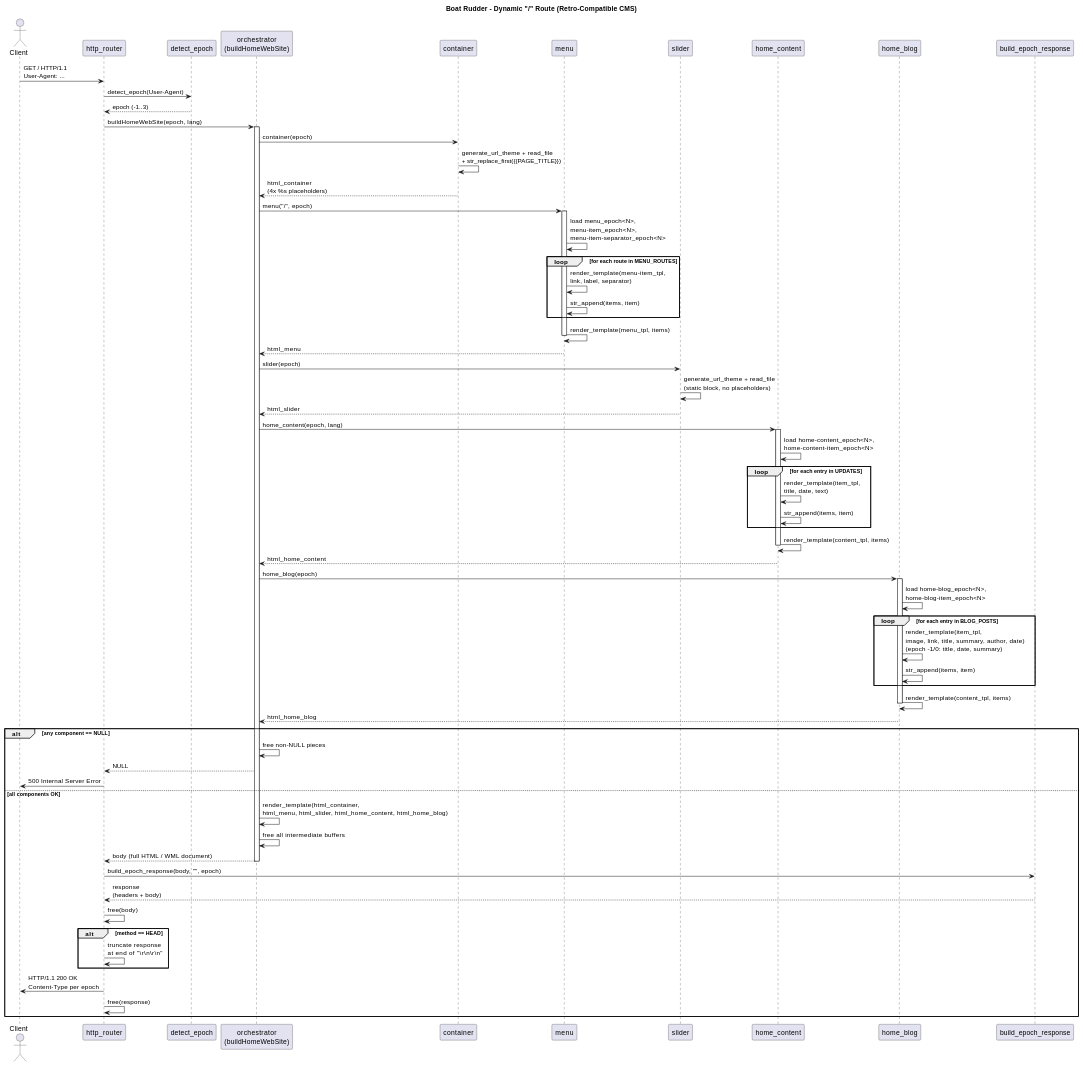
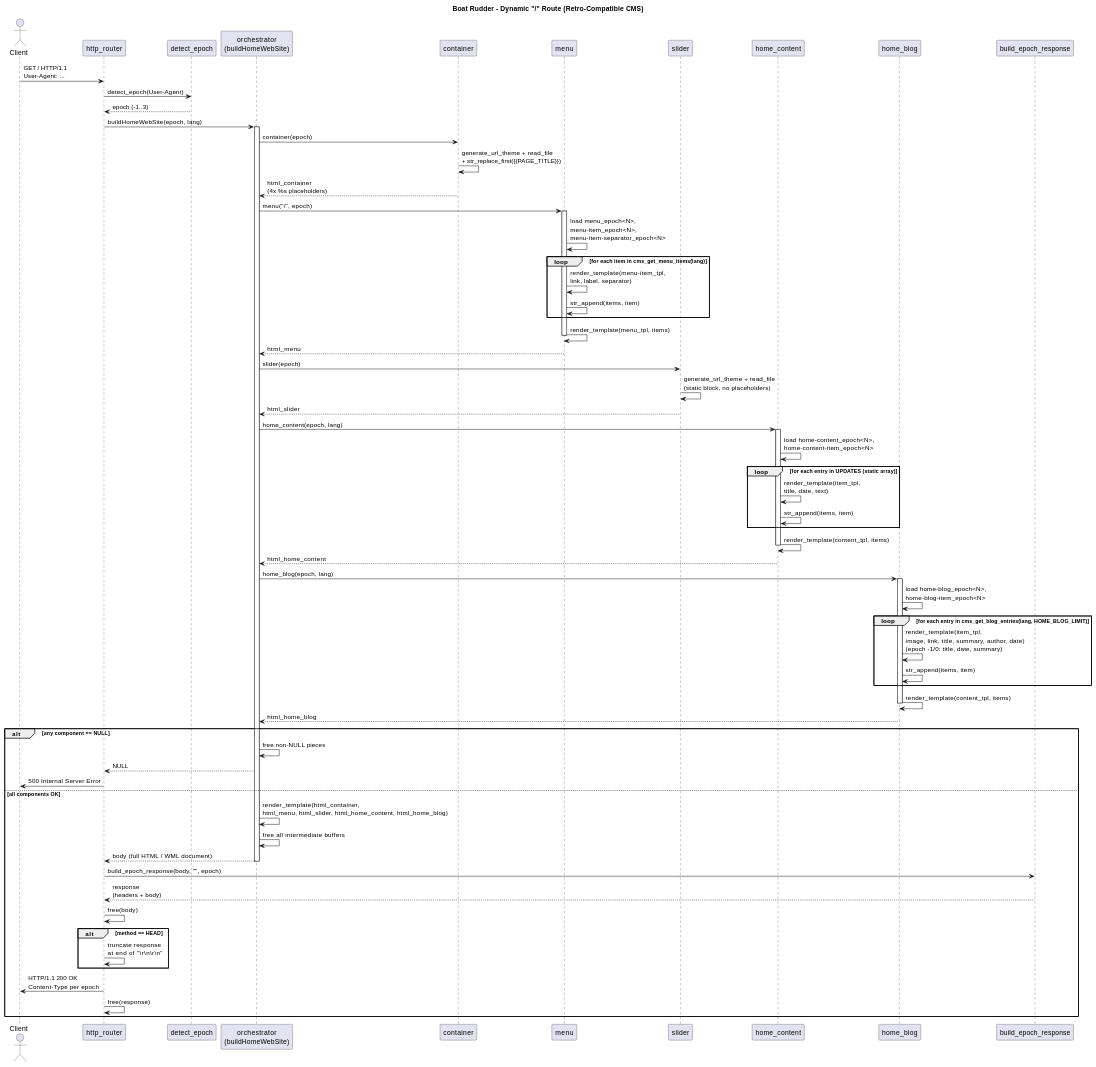
One commit to jpablotoledom/boat-rudder changed the fourth of 5 diagrams in develop_docs/boat-rudder.md. Above: the diagram before and after it, drawn with PlantUML. The commit also changed other lines of this file and 109 other files, not shown here.

```diff
--- a/develop_docs/boat-rudder.md
+++ b/develop_docs/boat-rudder.md
@@ -466,7 +496,7 @@
 ORCH -> MENU : menu("/", epoch)
 activate MENU
 MENU -> MENU : load menu_epoch<N>,\nmenu-item_epoch<N>,\nmenu-item-separator_epoch<N>
-loop for each route in MENU_ROUTES
+loop for each item in cms_get_menu_items(lang)
   MENU -> MENU : render_template(menu-item_tpl,\nlink, label, separator)
   MENU -> MENU : str_append(items, item)
 end
@@ -481,7 +511,7 @@
 ORCH -> HOME : home_content(epoch, lang)
 activate HOME
 HOME -> HOME : load home-content_epoch<N>,\nhome-content-item_epoch<N>
-loop for each entry in UPDATES
+loop for each entry in UPDATES (static array)
   HOME -> HOME : render_template(item_tpl,\ntitle, date, text)
   HOME -> HOME : str_append(items, item)
 end
@@ -489,10 +519,10 @@
 deactivate HOME
 HOME --> ORCH : html_home_content
 
-ORCH -> BLOG : home_blog(epoch)
+ORCH -> BLOG : home_blog(epoch, lang)
 activate BLOG
 BLOG -> BLOG : load home-blog_epoch<N>,\nhome-blog-item_epoch<N>
-loop for each entry in BLOG_POSTS
+loop for each entry in cms_get_blog_entries(lang, HOME_BLOG_LIMIT)
   BLOG -> BLOG : render_template(item_tpl,\nimage, link, title, summary, author, date)\n(epoch -1/0: title, date, summary)
   BLOG -> BLOG : str_append(items, item)
 end
```
